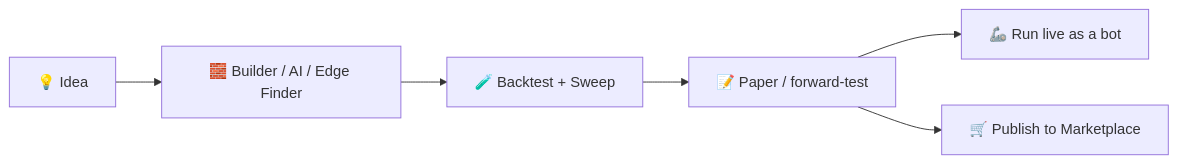
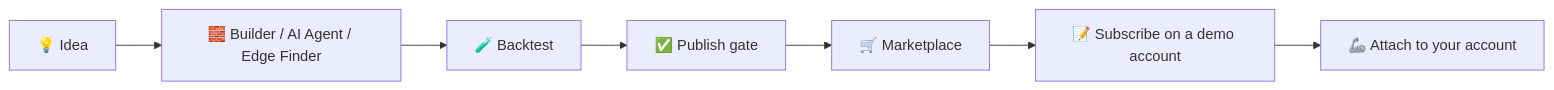
Before and after one commit to formionai/docs: the diagram in usecase-build-strategy.md, drawn with Mermaid. The commit also changed other lines of this file and 47 other files, not shown here.

````diff
--- a/usecase-build-strategy.md
+++ b/usecase-build-strategy.md
@@ -9,8 +9,9 @@
 ```mermaid
 flowchart LR
-  I["💡 Idea"] --> B["🧱 Builder / AI / Edge Finder"]
-  B --> T["🧪 Backtest + Sweep"]
-  T --> P["📝 Paper / forward-test"]
-  P --> R["🦾 Run live as a bot"]
-  P --> M["🛒 Publish to Marketplace"]
+  I["💡 Idea"] --> B["🧱 Builder / AI Agent / Edge Finder"]
+  B --> T["🧪 Backtest"]
+  T --> G["✅ Publish gate"]
+  G --> M["🛒 Marketplace"]
+  M --> P["📝 Subscribe on a demo account"]
+  P --> R["🦾 Attach to your account"]
 ```
````
